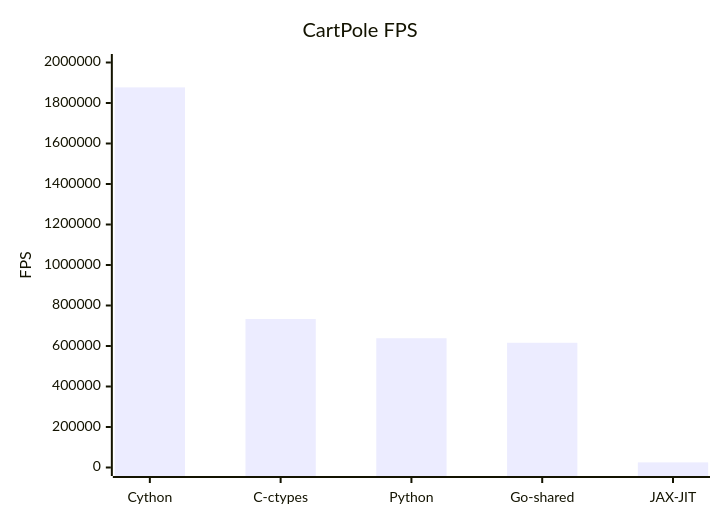
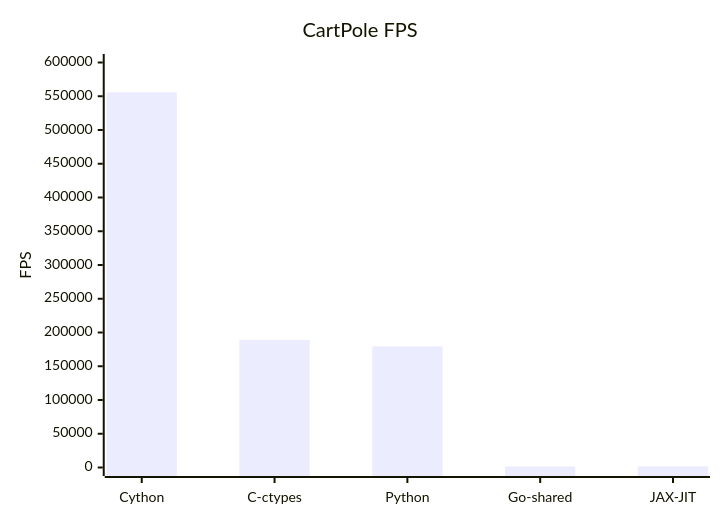
Before and after one commit to jelech/rl_speedup_benchmark: the first of 3 diagrams in BENCHMARK_REPORT.md, drawn with Mermaid. The commit also changed other lines of this file, not shown here.

````diff
--- a/BENCHMARK_REPORT.md
+++ b/BENCHMARK_REPORT.md
@@ -22,7 +35,7 @@
 ```mermaid
 xychart-beta
     title "CartPole FPS"
     x-axis ["Cython", "C-ctypes", "Python", "Go-shared", "JAX-JIT"]
-    y-axis "FPS" 0 --> 2000000
-    bar [1877264, 733288, 638285, 615955, 25244]
+    y-axis "FPS" 0 --> 600000
+    bar [555837, 189065, 179422, 1483, 1702]
 ```
````
